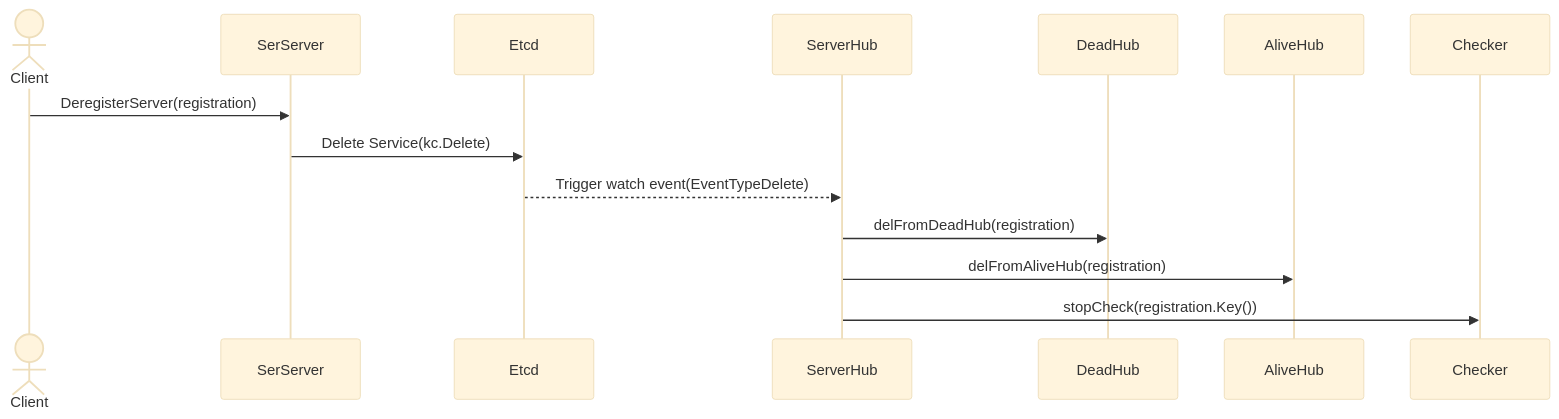
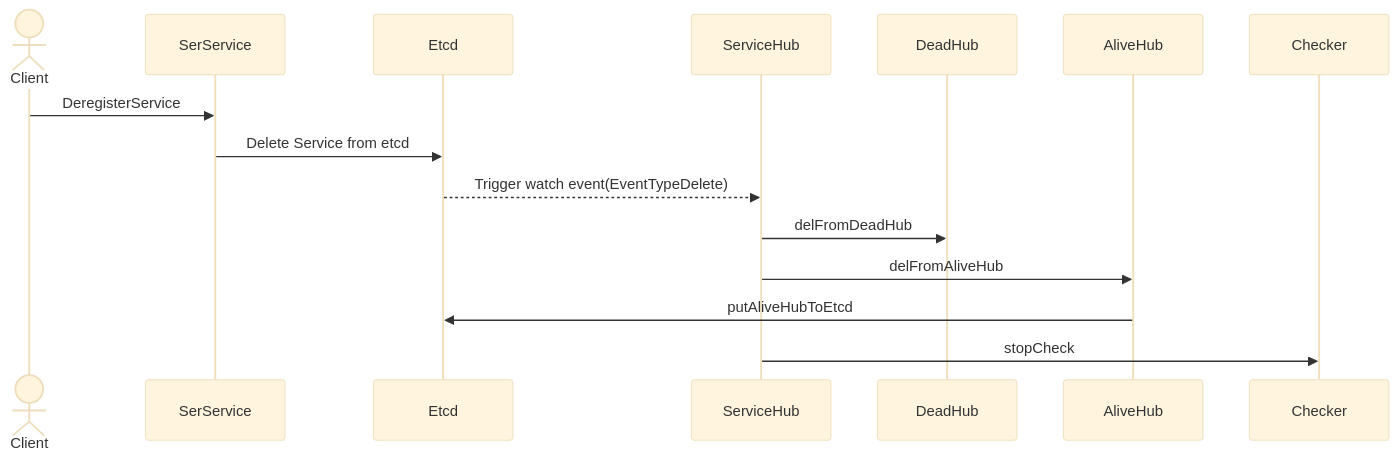
The third of 5 diagrams in README.md (cruvie/kk_etcd_ui), drawn with Mermaid (base theme) before and after one commit. The commit also changed other lines of this file and 35 other files, not shown here.

````diff
--- a/README.md
+++ b/README.md
@@ -107,10 +115,11 @@
 ```mermaid
 sequenceDiagram
     actor Client
-    Client ->> SerServer: DeregisterServer(registration)
-    SerServer ->> Etcd: Delete Service(kc.Delete)
-    Etcd -->> ServerHub: Trigger watch event(EventTypeDelete)
-    ServerHub ->> DeadHub: delFromDeadHub(registration)
-    ServerHub ->> AliveHub: delFromAliveHub(registration)
-    ServerHub ->> Checker: stopCheck(registration.Key())
+    Client ->> SerService: DeregisterService
+    SerService ->> Etcd: Delete Service from etcd
+    Etcd -->> ServiceHub: Trigger watch event(EventTypeDelete)
+    ServiceHub ->> DeadHub: delFromDeadHub
+    ServiceHub ->> AliveHub: delFromAliveHub
+    AliveHub ->> Etcd: putAliveHubToEtcd
+    ServiceHub ->> Checker: stopCheck
 ```
````
